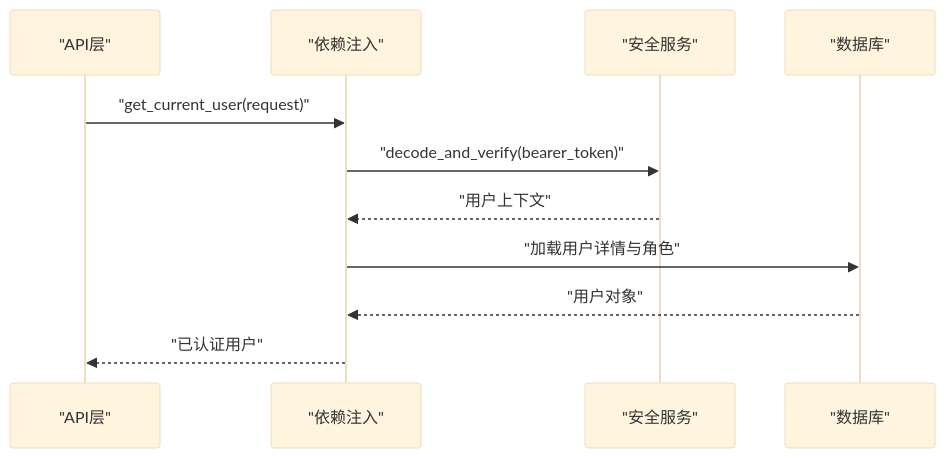
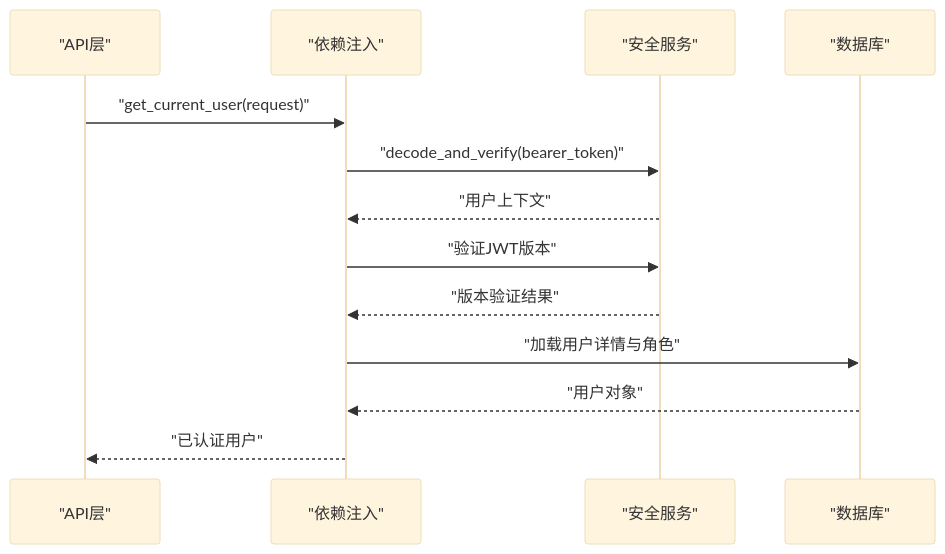
One commit to vu1Art1st/talos changed the seventh of 8 diagrams in .qoder/repowiki/zh/content/后端API文档/认证授权API.md. Above: the diagram before and after it, drawn with Mermaid (base theme). The commit also changed other lines of this file and 132 other files, not shown here.

````diff
--- a/.qoder/repowiki/zh/content/后端API文档/认证授权API.md
+++ b/.qoder/repowiki/zh/content/后端API文档/认证授权API.md
@@ -268,13 +311,15 @@
 ```mermaid
 sequenceDiagram
 participant API as "API层"
 participant DEP as "依赖注入"
 participant SEC as "安全服务"
 participant DB as "数据库"
 API->>DEP : "get_current_user(request)"
 DEP->>SEC : "decode_and_verify(bearer_token)"
 SEC-->>DEP : "用户上下文"
+DEP->>SEC : "验证JWT版本"
+SEC-->>DEP : "版本验证结果"
 DEP->>DB : "加载用户详情与角色"
 DB-->>DEP : "用户对象"
 DEP-->>API : "已认证用户"
 ```
````
